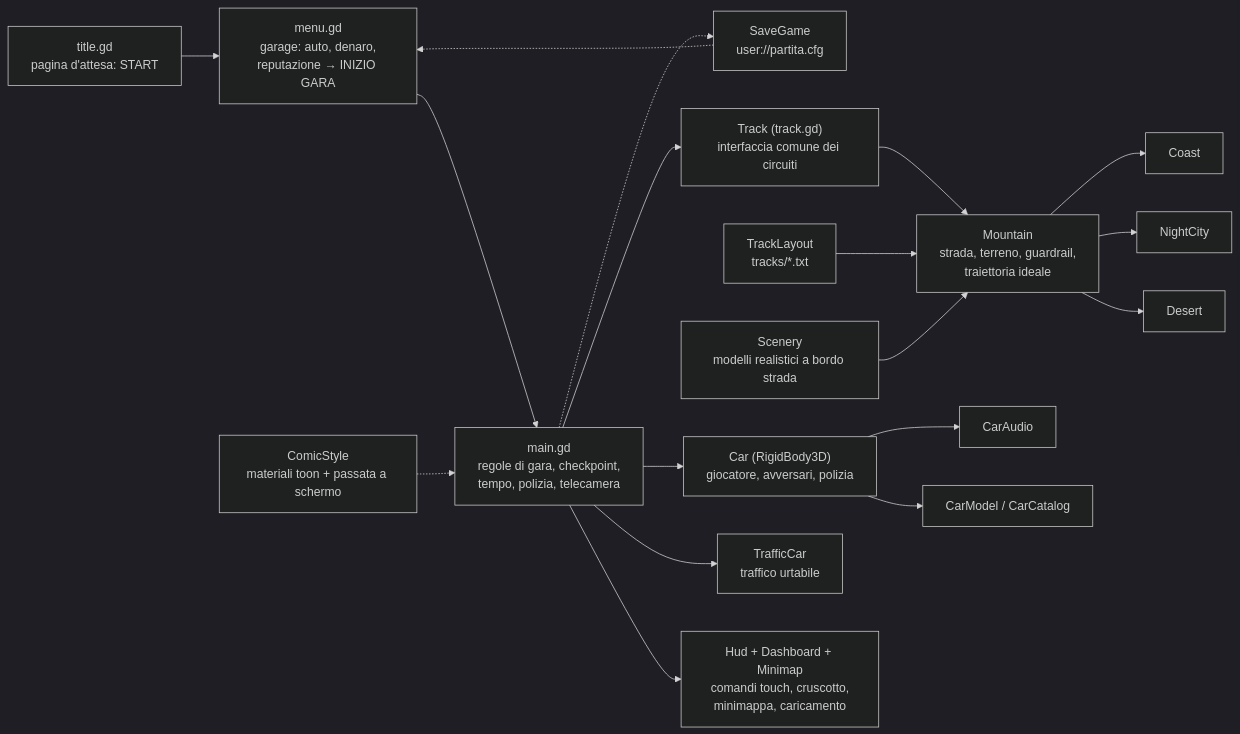
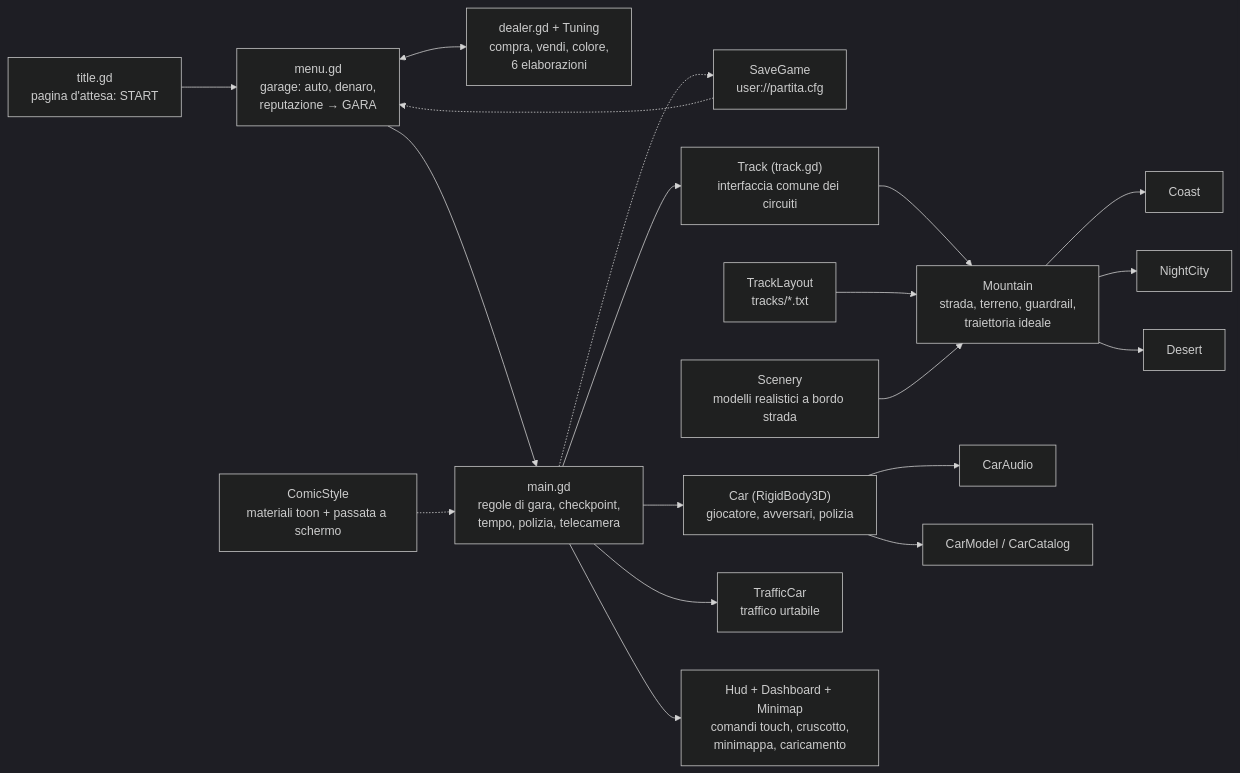
Before and after one commit to stefanopaglierani/nitro-underground: the first of 2 diagrams in docs/TECNICO.md, drawn with Mermaid (dark theme). The commit also changed other lines of this file and 3 other files, not shown here.

````diff
--- a/docs/TECNICO.md
+++ b/docs/TECNICO.md
@@ -47,18 +47,19 @@
 ```mermaid
 flowchart LR
-    Title["title.gd<br/>pagina d'attesa: START"] --> Menu["menu.gd<br/>garage: auto, denaro,<br/>reputazione → INIZIO GARA"]
+    Title["title.gd<br/>pagina d'attesa: START"] --> Menu["menu.gd<br/>garage: auto, denaro,<br/>reputazione → GARA"]
+    Menu <--> Dealer["dealer.gd + Tuning<br/>compra, vendi, colore,<br/>6 elaborazioni"]
     Save["SaveGame<br/>user://partita.cfg"] -.-> Menu
     Menu --> Main["main.gd<br/>regole di gara, checkpoint,<br/>tempo, polizia, telecamera"]
     Main --> Track["Track (track.gd)<br/>interfaccia comune dei circuiti"]
     Track --> Mountain["Mountain<br/>strada, terreno, guardrail,<br/>traiettoria ideale"]
     Mountain --> Coast & Night["NightCity"] & Desert
     Layout["TrackLayout<br/>tracks/*.txt"] --> Mountain
     Scenery["Scenery<br/>modelli realistici a bordo strada"] --> Mountain
     Main --> Car["Car (RigidBody3D)<br/>giocatore, avversari, polizia"]
     Car --> CarAudio["CarAudio"]
     Car --> CarModel["CarModel / CarCatalog"]
     Main --> Traffic["TrafficCar<br/>traffico urtabile"]
     Main --> Hud["Hud + Dashboard + Minimap<br/>comandi touch, cruscotto,<br/>minimappa, caricamento"]
     Main -.-> Save
     Comic["ComicStyle<br/>materiali toon + passata a schermo"] -.-> Main
 ```
````
